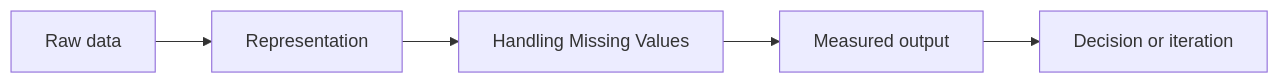
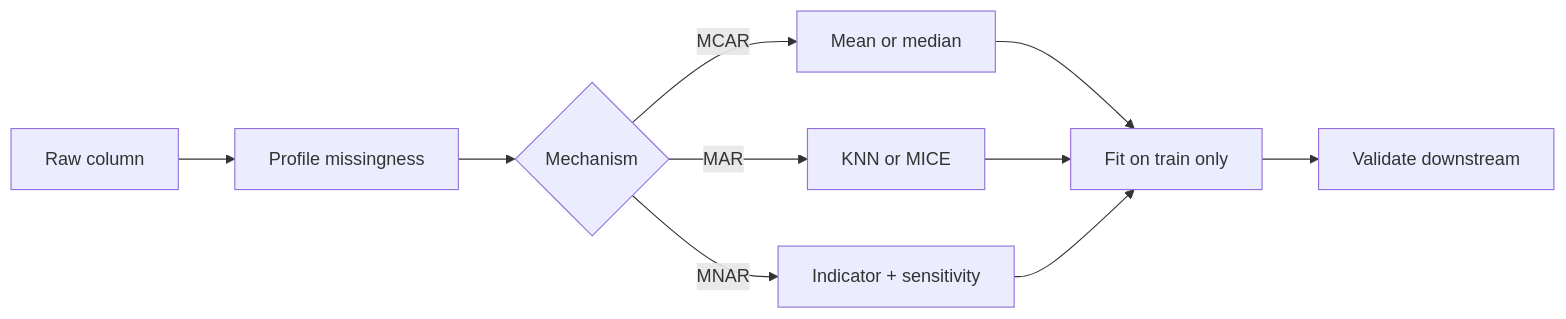
Before and after one commit to Icon1cc/Machine-Learning: the diagram in data-science/05-handling-missing-values.md, drawn with Mermaid. The commit also changed other lines of this file and 264 other files, not shown here.

````diff
--- a/data-science/05-handling-missing-values.md
+++ b/data-science/05-handling-missing-values.md
@@ -92,7 +142,12 @@
 ```mermaid
 flowchart LR
-    A[Raw data] --> B[Representation]
-    B --> C[Handling Missing Values]
-    C --> D[Measured output]
-    D --> E[Decision or iteration]
+    R[Raw column] --> P[Profile missingness]
+    P --> M{Mechanism}
+    M -->|MCAR| Mean[Mean or median]
+    M -->|MAR| KNN[KNN or MICE]
+    M -->|MNAR| Sens[Indicator + sensitivity]
+    Mean --> F[Fit on train only]
+    KNN --> F
+    Sens --> F
+    F --> V[Validate downstream]
 ```
````
